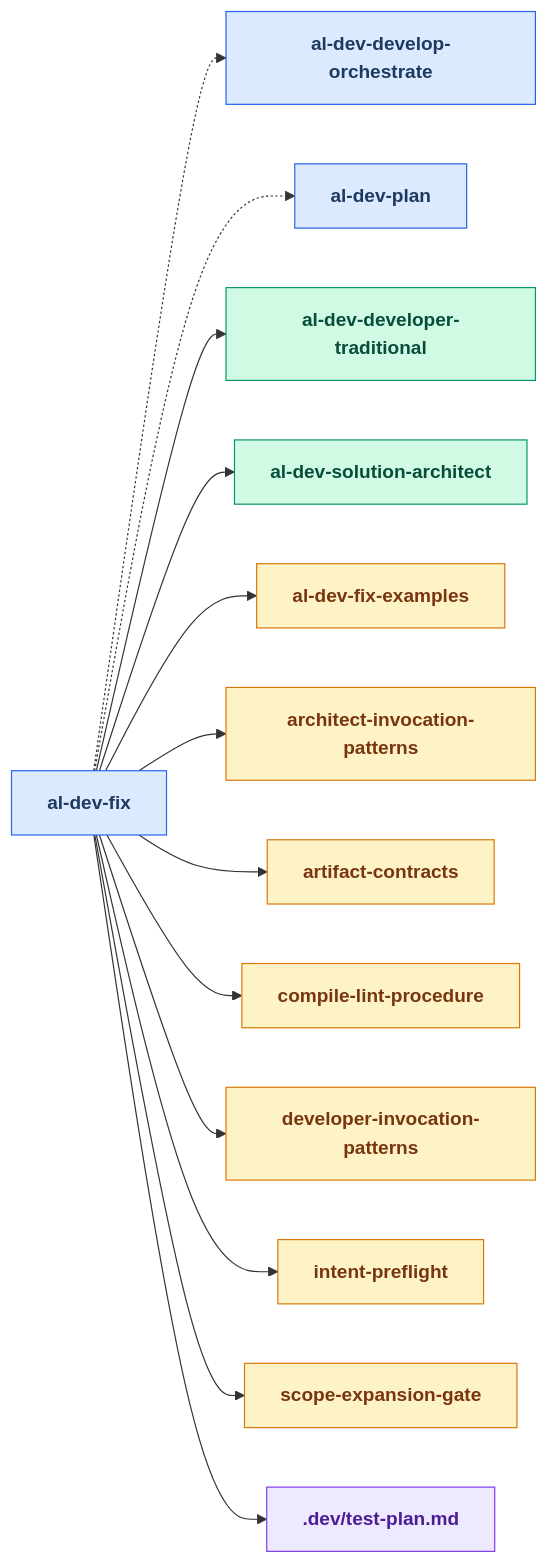
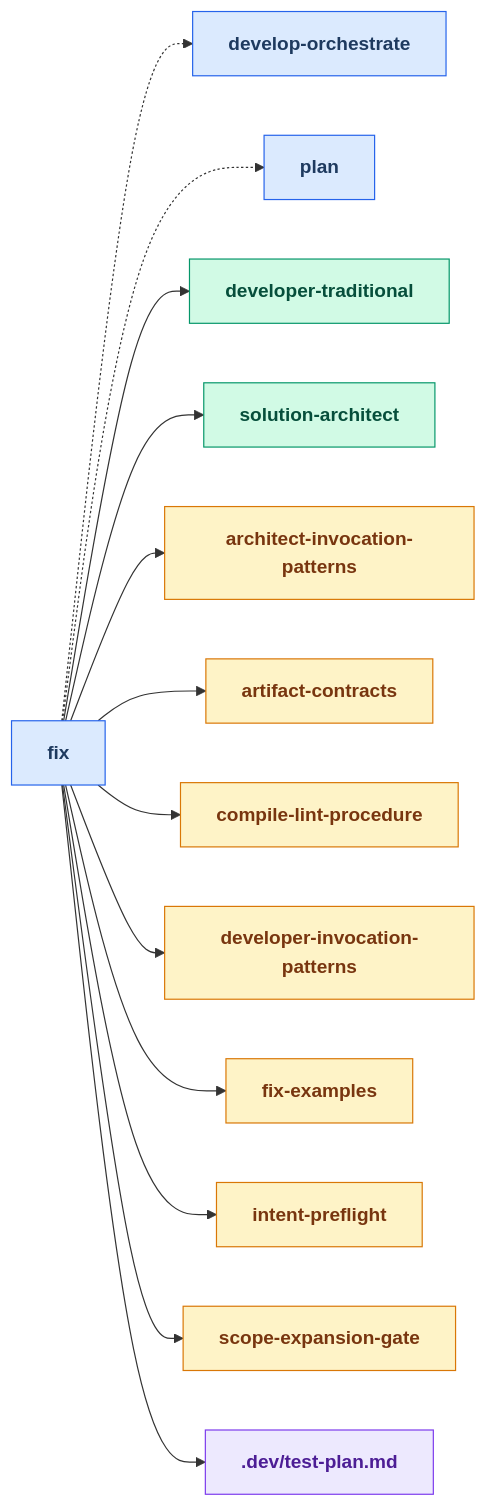
One commit to russell-laing/al-dev-shared changed the fifth of 24 diagrams in docs/skills_map.md. Above: the diagram before and after it, drawn with Mermaid. The commit also changed other lines of this file and 8 other files, not shown here.

````diff
--- a/docs/skills_map.md
+++ b/docs/skills_map.md
@@ -255,49 +266,49 @@
 ```mermaid
 flowchart LR
     classDef skillNode fill:#dbeafe,stroke:#2563eb,color:#1e3a5f,font-weight:bold
     classDef agentNode fill:#d1fae5,stroke:#059669,color:#064e3b,font-weight:bold
     classDef knowledgeNode fill:#fef3c7,stroke:#d97706,color:#78350f,font-weight:bold
     classDef artifactNode fill:#ede9fe,stroke:#7c3aed,color:#4c1d95,font-weight:bold
     classDef phaseNode fill:#e0e7ff,stroke:#6366f1,color:#312e81,font-weight:bold
 
-    skill_al_dev_fix[al-dev-fix]
-    skill_al_dev_develop_orchestrate[al-dev-develop-orchestrate]
-    skill_al_dev_plan[al-dev-plan]
-    agent_al_dev_developer_traditional[al-dev-developer-traditional]
-    agent_al_dev_solution_architect[al-dev-solution-architect]
-    knowledge_al_dev_fix_examples_md[al-dev-fix-examples]
+    skill_fix[fix]
+    skill_develop_orchestrate[develop-orchestrate]
+    skill_plan[plan]
+    agent_developer_traditional[developer-traditional]
+    agent_solution_architect[solution-architect]
     knowledge_architect_invocation_patterns_md[architect-invocation-patterns]
     knowledge_artifact_contracts_md[artifact-contracts]
     knowledge_compile_lint_procedure_md[compile-lint-procedure]
     knowledge_developer_invocation_patterns_md[developer-invocation-patterns]
+    knowledge_fix_examples_md[fix-examples]
     knowledge_intent_preflight_md[intent-preflight]
     knowledge_scope_expansion_gate_md[scope-expansion-gate]
     artifact_test_plan_md[.dev/test-plan.md]
 
-    skill_al_dev_fix -.-> skill_al_dev_develop_orchestrate
-    skill_al_dev_fix -.-> skill_al_dev_plan
-    skill_al_dev_fix --> agent_al_dev_developer_traditional
-    skill_al_dev_fix --> agent_al_dev_solution_architect
-    skill_al_dev_fix --> knowledge_al_dev_fix_examples_md
-    skill_al_dev_fix --> knowledge_architect_invocation_patterns_md
-    skill_al_dev_fix --> knowledge_artifact_contracts_md
-    skill_al_dev_fix --> knowledge_compile_lint_procedure_md
-    skill_al_dev_fix --> knowledge_developer_invocation_patterns_md
-    skill_al_dev_fix --> knowledge_intent_preflight_md
-    skill_al_dev_fix --> knowledge_scope_expansion_gate_md
-    skill_al_dev_fix --> artifact_test_plan_md
+    skill_fix -.-> skill_develop_orchestrate
+    skill_fix -.-> skill_plan
+    skill_fix --> agent_developer_traditional
+    skill_fix --> agent_solution_architect
+    skill_fix --> knowledge_architect_invocation_patterns_md
+    skill_fix --> knowledge_artifact_contracts_md
+    skill_fix --> knowledge_compile_lint_procedure_md
+    skill_fix --> knowledge_developer_invocation_patterns_md
+    skill_fix --> knowledge_fix_examples_md
+    skill_fix --> knowledge_intent_preflight_md
+    skill_fix --> knowledge_scope_expansion_gate_md
+    skill_fix --> artifact_test_plan_md
 
-    class skill_al_dev_fix skillNode
-    class skill_al_dev_develop_orchestrate skillNode
-    class skill_al_dev_plan skillNode
-    class agent_al_dev_developer_traditional agentNode
-    class agent_al_dev_solution_architect agentNode
-    class knowledge_al_dev_fix_examples_md knowledgeNode
+    class skill_fix skillNode
+    class skill_develop_orchestrate skillNode
+    class skill_plan skillNode
+    class agent_developer_traditional agentNode
+    class agent_solution_architect agentNode
     class knowledge_architect_invocation_patterns_md knowledgeNode
     class knowledge_artifact_contracts_md knowledgeNode
     class knowledge_compile_lint_procedure_md knowledgeNode
     class knowledge_developer_invocation_patterns_md knowledgeNode
+    class knowledge_fix_examples_md knowledgeNode
     class knowledge_intent_preflight_md knowledgeNode
     class knowledge_scope_expansion_gate_md knowledgeNode
     class artifact_test_plan_md artifactNode
 ```
````
